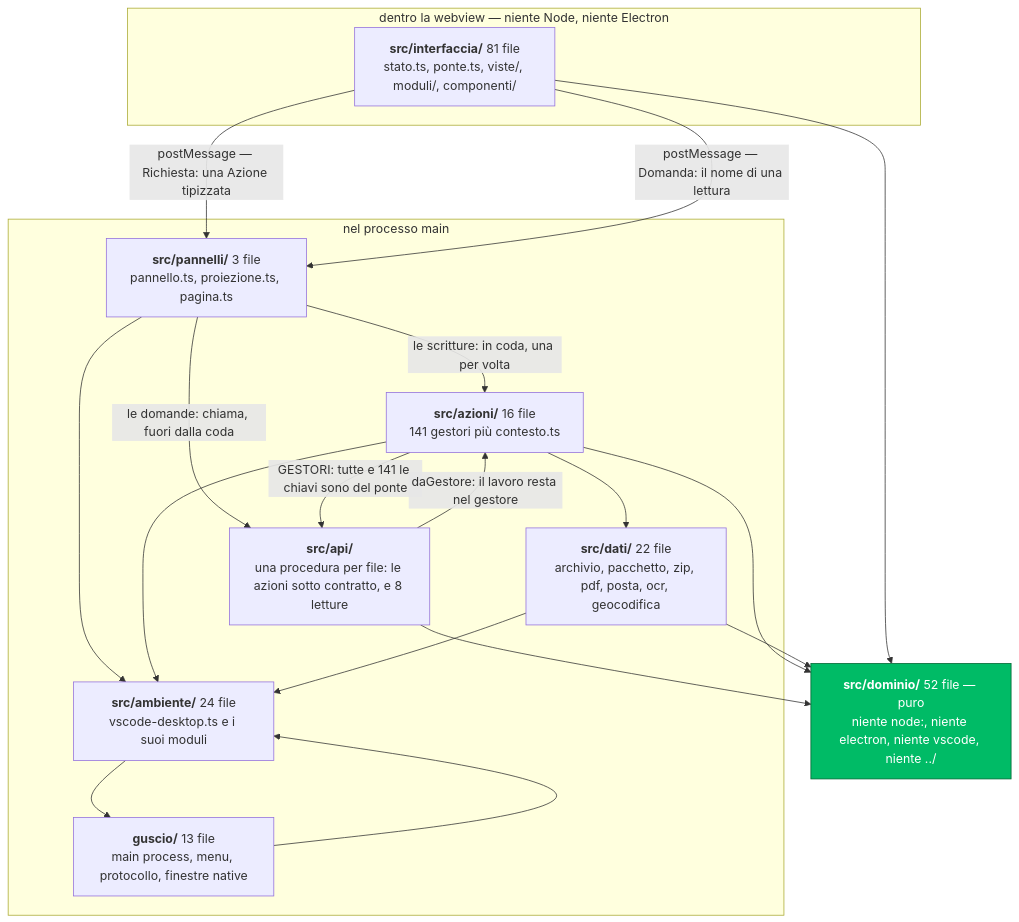
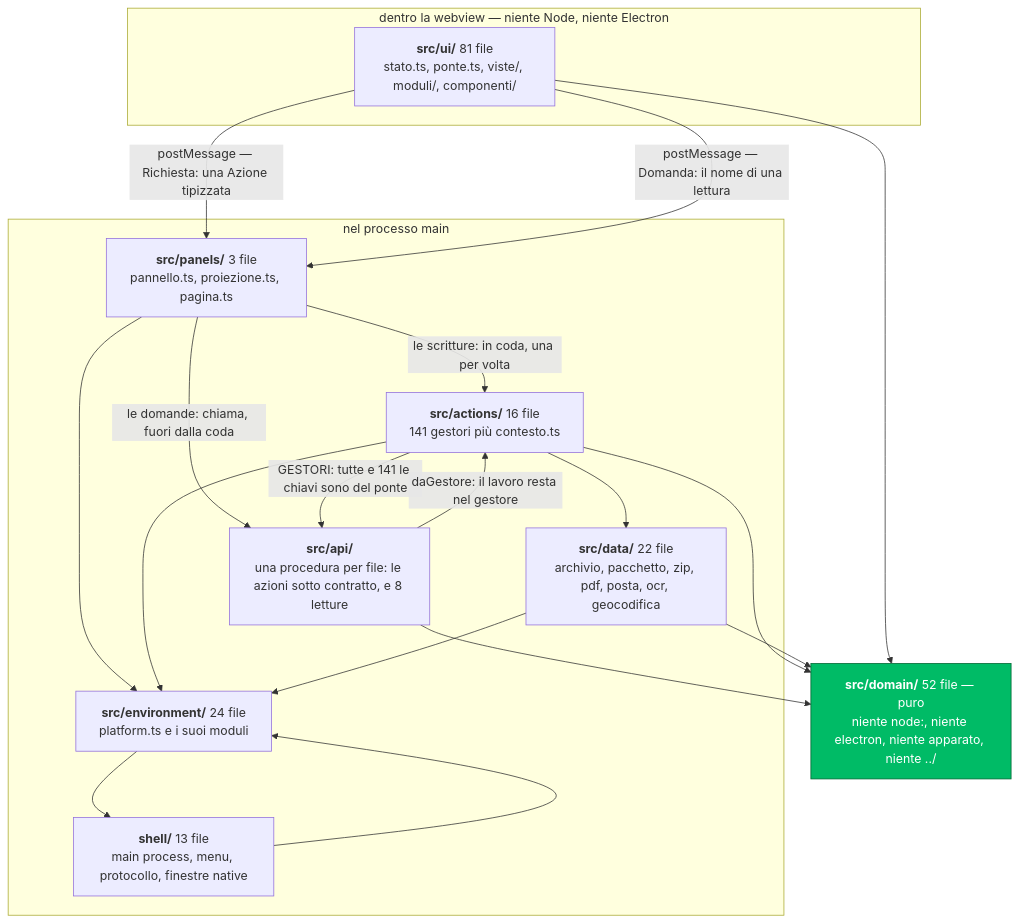
The third of 8 diagrams in docs/ARCHITETTURA.md (nabre/Registro), drawn with Mermaid before and after one commit. The commit also changed other lines of this file and 136 other files, not shown here.

````diff
--- a/docs/ARCHITETTURA.md
+++ b/docs/ARCHITETTURA.md
@@ -254,37 +254,37 @@
 ```mermaid
 flowchart TB
   subgraph W["dentro la webview — niente Node, niente Electron"]
-    interfaccia["<b>src/interfaccia/</b> 81 file<br/>stato.ts, ponte.ts, viste/, moduli/, componenti/"]
+    interfaccia["<b>src/ui/</b> 81 file<br/>stato.ts, ponte.ts, viste/, moduli/, componenti/"]
   end
 
   subgraph H["nel processo main"]
-    pannelli["<b>src/pannelli/</b> 3 file<br/>pannello.ts, proiezione.ts, pagina.ts"]
+    pannelli["<b>src/panels/</b> 3 file<br/>pannello.ts, proiezione.ts, pagina.ts"]
     api["<b>src/api/</b><br/>una procedura per file: le azioni sotto contratto, e 8 letture"]
-    azioni["<b>src/azioni/</b> 16 file<br/>141 gestori più contesto.ts"]
-    dati["<b>src/dati/</b> 22 file<br/>archivio, pacchetto, zip, pdf, posta, ocr, geocodifica"]
-    ambiente["<b>src/ambiente/</b> 24 file<br/>vscode-desktop.ts e i suoi moduli"]
-    guscio["<b>guscio/</b> 13 file<br/>main process, menu, protocollo, finestre native"]
+    azioni["<b>src/actions/</b> 16 file<br/>141 gestori più contesto.ts"]
+    dati["<b>src/data/</b> 22 file<br/>archivio, pacchetto, zip, pdf, posta, ocr, geocodifica"]
+    ambiente["<b>src/environment/</b> 24 file<br/>platform.ts e i suoi moduli"]
+    guscio["<b>shell/</b> 13 file<br/>main process, menu, protocollo, finestre native"]
   end
 
-  dominio["<b>src/dominio/</b> 52 file — puro<br/>niente node:, niente electron, niente vscode, niente ../"]
+  dominio["<b>src/domain/</b> 52 file — puro<br/>niente node:, niente electron, niente apparato, niente ../"]
 
   interfaccia -->|"postMessage — Richiesta: una Azione tipizzata"| pannelli
   interfaccia -->|"postMessage — Domanda: il nome di una lettura"| pannelli
   pannelli -->|"le scritture: in coda, una per volta"| azioni
   pannelli -->|"le domande: chiama, fuori dalla coda"| api
   azioni -->|"GESTORI: tutte e 141 le chiavi sono del ponte"| api
   api -->|"daGestore: il lavoro resta nel gestore"| azioni
   api --> dominio
   azioni --> dati
   azioni --> dominio
   dati --> dominio
   interfaccia --> dominio
   pannelli --> ambiente
   azioni --> ambiente
   dati --> ambiente
   ambiente --> guscio
   guscio --> ambiente
 
   classDef puro fill:#0b6,stroke:#063,color:#fff
   class dominio puro
 ```
````
